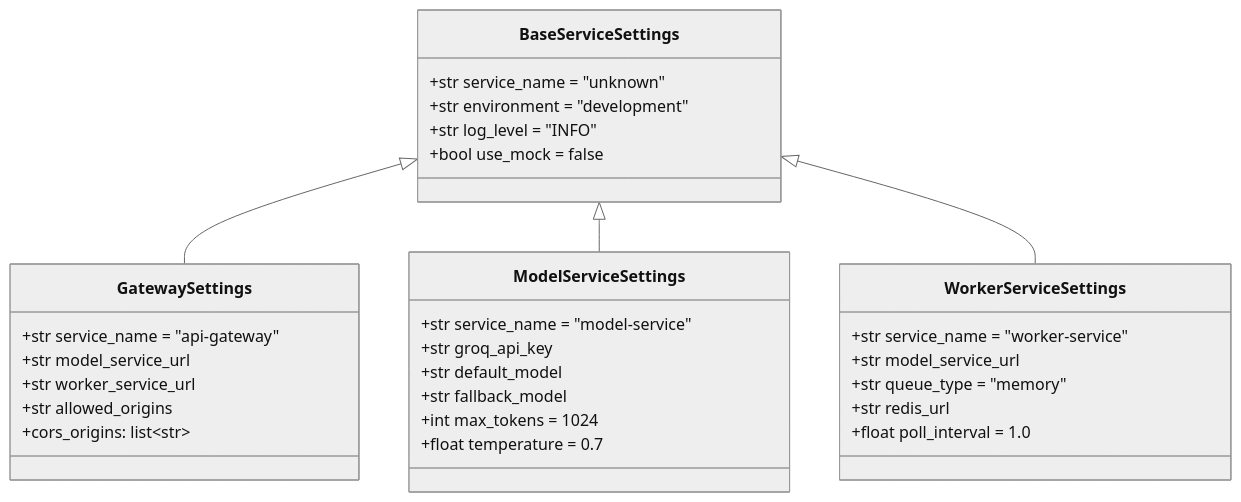
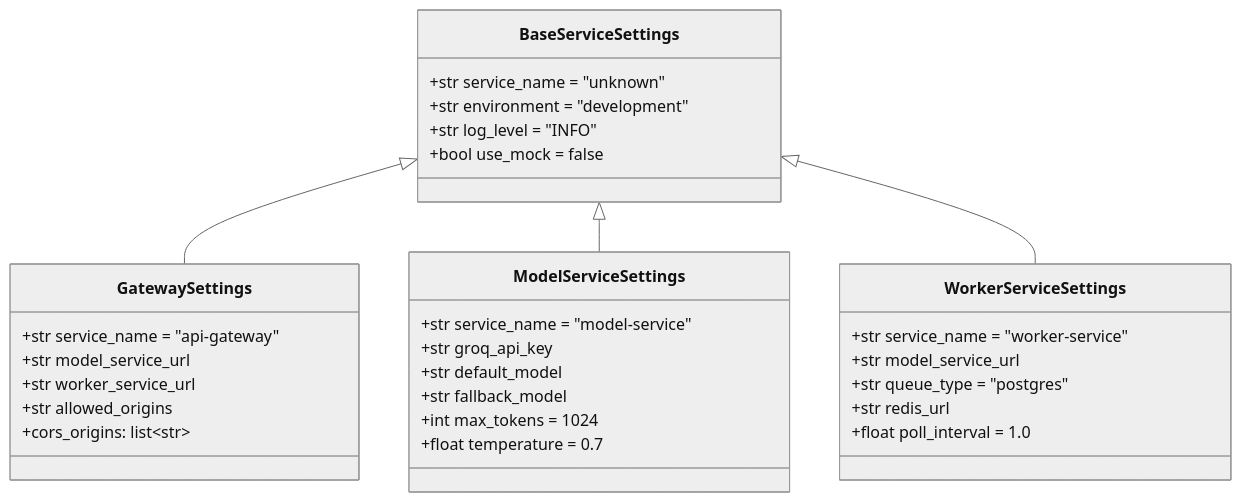
The second of 3 diagrams in architecture/backend-architecture.md (myckhel/prodigon), drawn with Mermaid (neutral theme) before and after one commit. The commit also changed other lines of this file and 8 other files, not shown here.

Commit message:
prodigon V1: update architecture refs

````diff
--- a/architecture/backend-architecture.md
+++ b/architecture/backend-architecture.md
@@ -484,38 +646,38 @@
 ```mermaid
 classDiagram
     class BaseServiceSettings {
         +str service_name = "unknown"
         +str environment = "development"
         +str log_level = "INFO"
         +bool use_mock = false
     }
 
     class GatewaySettings {
         +str service_name = "api-gateway"
         +str model_service_url
         +str worker_service_url
         +str allowed_origins
         +cors_origins: list~str~
     }
 
     class ModelServiceSettings {
         +str service_name = "model-service"
         +str groq_api_key
         +str default_model
         +str fallback_model
         +int max_tokens = 1024
         +float temperature = 0.7
     }
 
     class WorkerServiceSettings {
         +str service_name = "worker-service"
         +str model_service_url
-        +str queue_type = "memory"
+        +str queue_type = "postgres"
         +str redis_url
         +float poll_interval = 1.0
     }
 
     BaseServiceSettings <|-- GatewaySettings
     BaseServiceSettings <|-- ModelServiceSettings
     BaseServiceSettings <|-- WorkerServiceSettings
 ```
````
